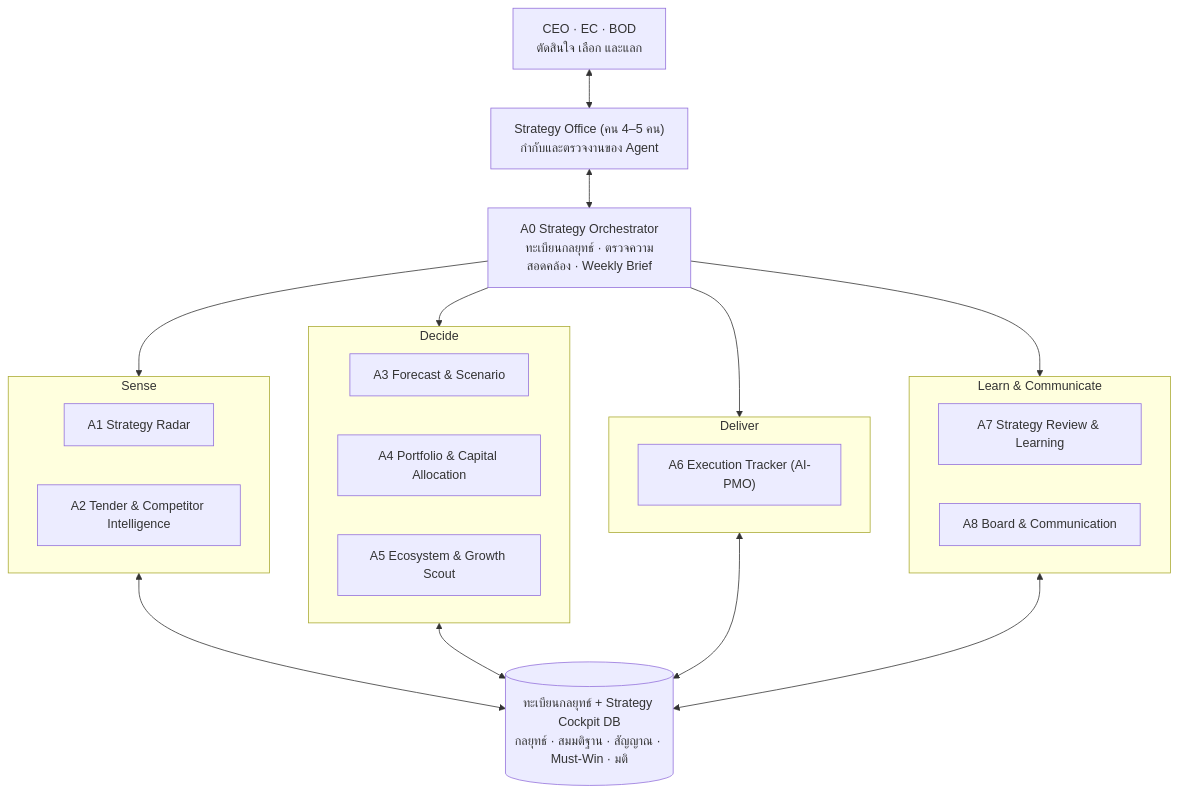
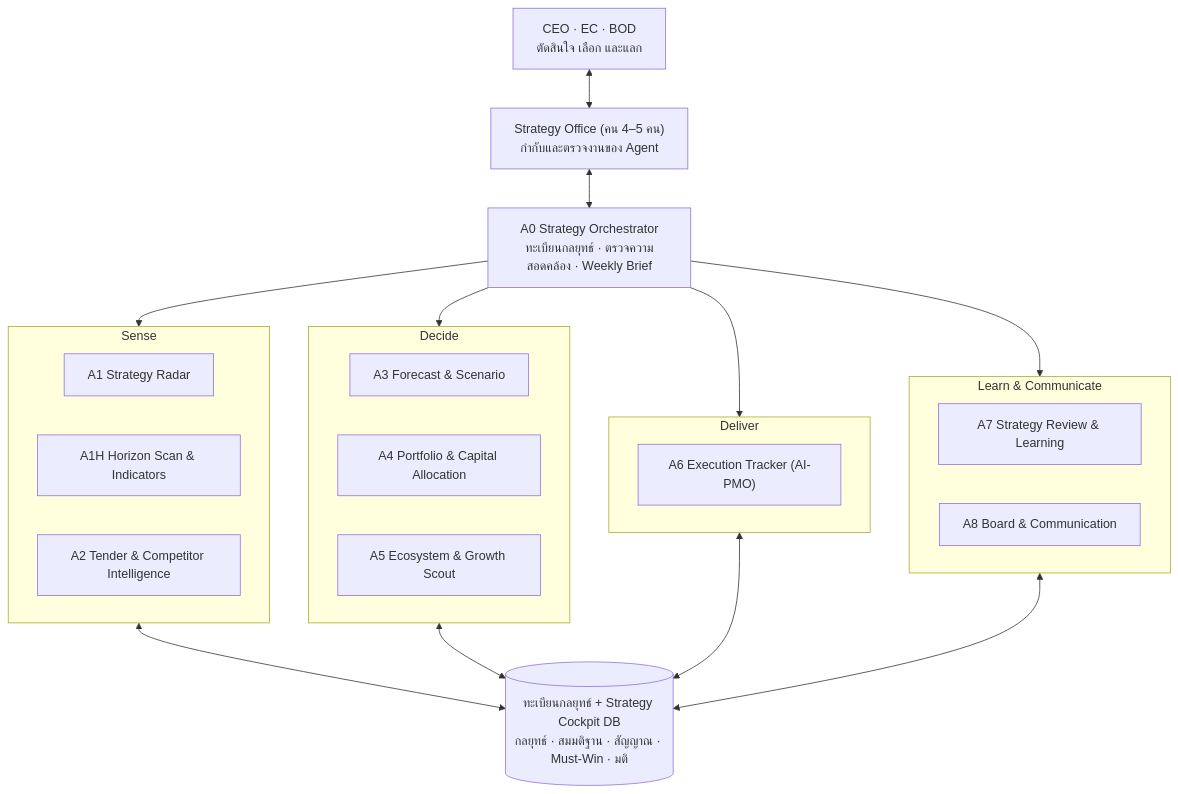
One commit to jinnaphas/strategy changed the diagram in knowledge-base/02-agentic-strategy-office.md. Above: the diagram before and after it, drawn with Mermaid. The commit also changed other lines of this file and 10 other files, not shown here.

First line of the commit message:
Widen Strategy Radar coverage and add weekly Horizon Scan (A1H)

````diff
--- a/knowledge-base/02-agentic-strategy-office.md
+++ b/knowledge-base/02-agentic-strategy-office.md
@@ -20,28 +20,29 @@
 ```mermaid
 flowchart TB
     EXEC["CEO · EC · BOD<br/>ตัดสินใจ เลือก และแลก"]
     SO["Strategy Office (คน 4–5 คน)<br/>กำกับและตรวจงานของ Agent"]
     ORC["A0 Strategy Orchestrator<br/>ทะเบียนกลยุทธ์ · ตรวจความสอดคล้อง · Weekly Brief"]
     subgraph SENSE["Sense"]
         A1["A1 Strategy Radar"]
+        A1H["A1H Horizon Scan & Indicators"]
         A2["A2 Tender & Competitor Intelligence"]
     end
     subgraph DECIDE["Decide"]
         A3["A3 Forecast & Scenario"]
         A4["A4 Portfolio & Capital Allocation"]
         A5["A5 Ecosystem & Growth Scout"]
     end
     subgraph DELIVER["Deliver"]
         A6["A6 Execution Tracker (AI-PMO)"]
     end
     subgraph LEARN["Learn & Communicate"]
         A7["A7 Strategy Review & Learning"]
         A8["A8 Board & Communication"]
     end
     DATA[("ทะเบียนกลยุทธ์ + Strategy Cockpit DB<br/>กลยุทธ์ · สมมติฐาน · สัญญาณ · Must-Win · มติ")]
 
     EXEC <--> SO
     SO <--> ORC
     ORC --> SENSE & DECIDE & DELIVER & LEARN
     SENSE & DECIDE & DELIVER & LEARN <--> DATA
 ```
````
